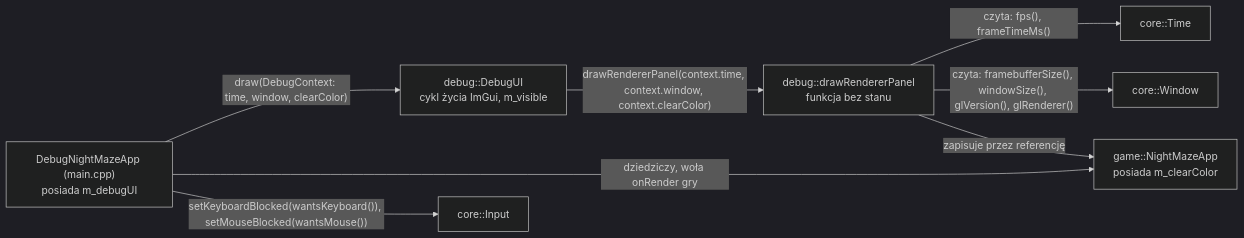
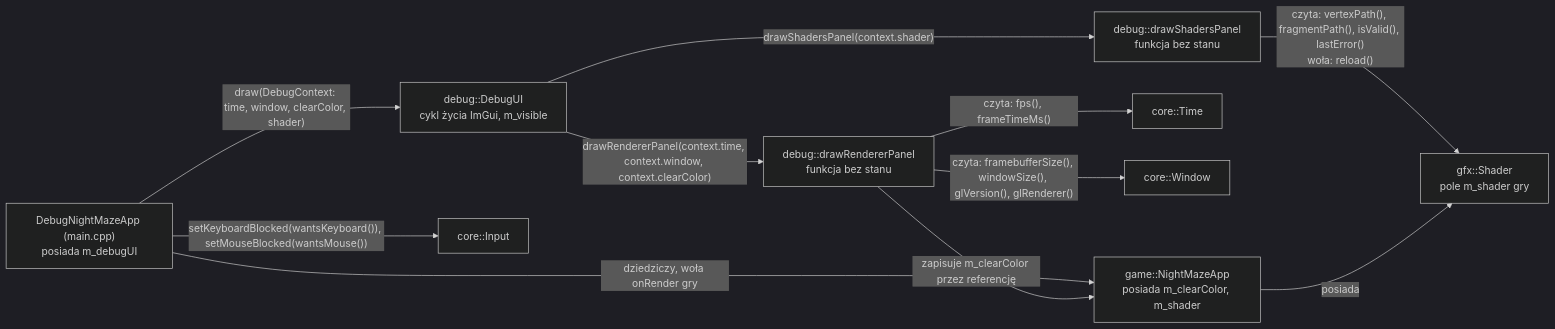
Before and after one commit to Shironex/night-maze: the second of 2 diagrams in docs/modules/debug-ui.md, drawn with Mermaid (dark theme). The commit also changed other lines of this file and 22 other files, not shown here.

First line of the commit message:
feat(debug): add Shaders panel with reload button

````diff
--- a/docs/modules/debug-ui.md
+++ b/docs/modules/debug-ui.md
@@ -152,10 +157,13 @@
 ```mermaid
 flowchart LR
-    Main["DebugNightMazeApp (main.cpp)<br/>posiada m_debugUI"] -->|"draw(DebugContext: time, window, clearColor)"| UI["debug::DebugUI<br/>cykl życia ImGui, m_visible"]
-    Main -->|"dziedziczy, woła onRender gry"| Game["game::NightMazeApp<br/>posiada m_clearColor"]
+    Main["DebugNightMazeApp (main.cpp)<br/>posiada m_debugUI"] -->|"draw(DebugContext: time, window, clearColor, shader)"| UI["debug::DebugUI<br/>cykl życia ImGui, m_visible"]
+    Main -->|"dziedziczy, woła onRender gry"| Game["game::NightMazeApp<br/>posiada m_clearColor, m_shader"]
     Main -->|"setKeyboardBlocked(wantsKeyboard()), setMouseBlocked(wantsMouse())"| In["core::Input"]
     UI -->|"drawRendererPanel(context.time, context.window, context.clearColor)"| Panel["debug::drawRendererPanel<br/>funkcja bez stanu"]
     Panel -->|"czyta: fps(), frameTimeMs()"| Time["core::Time"]
     Panel -->|"czyta: framebufferSize(), windowSize(), glVersion(), glRenderer()"| Win["core::Window"]
-    Panel -->|"zapisuje przez referencję"| Game
+    Panel -->|"zapisuje m_clearColor przez referencję"| Game
+    UI -->|"drawShadersPanel(context.shader)"| SPanel["debug::drawShadersPanel<br/>funkcja bez stanu"]
+    SPanel -->|"czyta: vertexPath(), fragmentPath(), isValid(), lastError()<br/>woła: reload()"| Shader["gfx::Shader<br/>pole m_shader gry"]
+    Game -->|"posiada"| Shader
 ```
````
